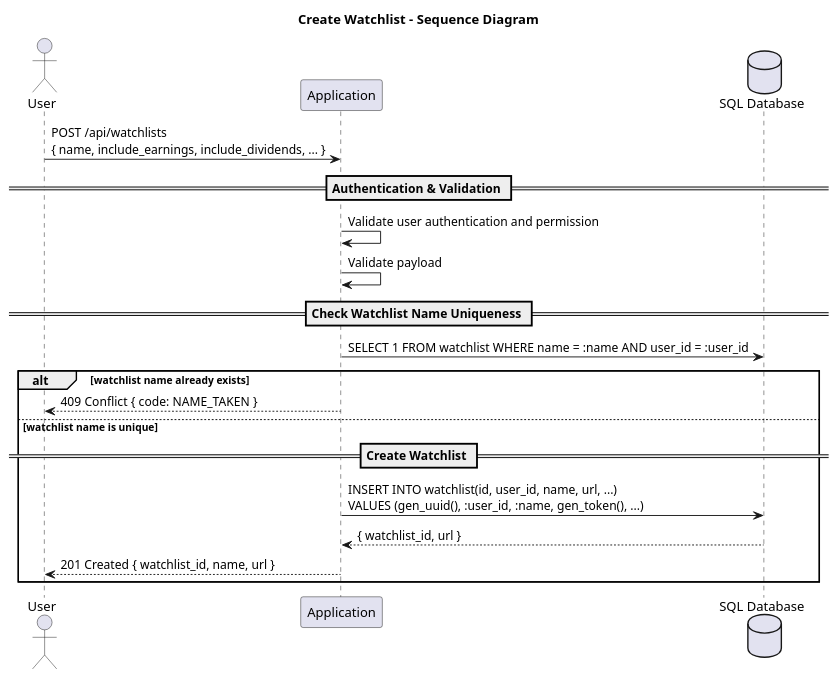
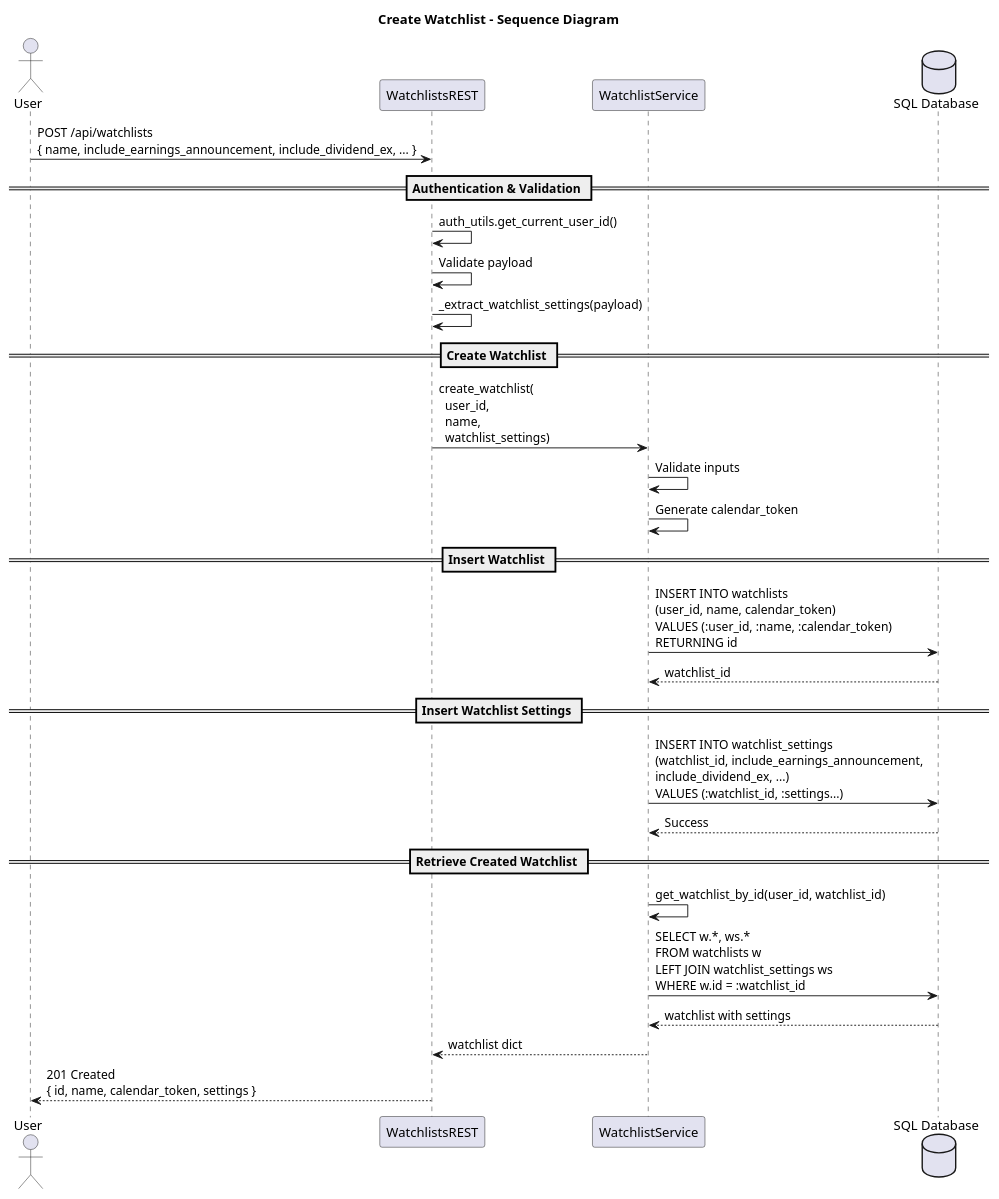
The diagram in docs/uml/sequence_diagram_create_watchlist.puml (PhilippXXY/ticker-cal-tracker), drawn with PlantUML before and after one commit. The commit also changed 16 other files, not shown here.

Commit message:
Update UML diagrams to reflect current codebase

```diff
--- a/docs/uml/sequence_diagram_create_watchlist.puml
+++ b/docs/uml/sequence_diagram_create_watchlist.puml
@@ -1,24 +1,38 @@
 @startuml sequence_diagram_create_watchlist
 title Create Watchlist - Sequence Diagram
 
 actor User
-participant "Application" as APP
+participant "WatchlistsREST" as REST
+participant "WatchlistService" as SVC
 database "SQL Database" as DB
 
-User -> APP: POST /api/watchlists\n{ name, include_earnings, include_dividends, ... }
+User -> REST: POST /api/watchlists\n{ name, include_earnings_announcement, include_dividend_ex, ... }
 
 == Authentication & Validation ==
-APP -> APP: Validate user authentication and permission
-APP -> APP: Validate payload
+REST -> REST: auth_utils.get_current_user_id()
+REST -> REST: Validate payload
+REST -> REST: _extract_watchlist_settings(payload)
 
-== Check Watchlist Name Uniqueness ==
-APP -> DB: SELECT 1 FROM watchlist WHERE name = :name AND user_id = :user_id
-alt watchlist name already exists
-    APP --> User: 409 Conflict { code: NAME_TAKEN }
-else watchlist name is unique
-    == Create Watchlist ==
-    APP -> DB: INSERT INTO watchlist(id, user_id, name, url, ...)\nVALUES (gen_uuid(), :user_id, :name, gen_token(), ...)
-    DB --> APP: { watchlist_id, url }
-    APP --> User: 201 Created { watchlist_id, name, url }
-end
+== Create Watchlist ==
+REST -> SVC: create_watchlist(\n  user_id,\n  name,\n  watchlist_settings)
+
+SVC -> SVC: Validate inputs
+SVC -> SVC: Generate calendar_token
+
+== Insert Watchlist ==
+SVC -> DB: INSERT INTO watchlists\n(user_id, name, calendar_token)\nVALUES (:user_id, :name, :calendar_token)\nRETURNING id
+DB --> SVC: watchlist_id
+
+== Insert Watchlist Settings ==
+SVC -> DB: INSERT INTO watchlist_settings\n(watchlist_id, include_earnings_announcement,\ninclude_dividend_ex, ...)\nVALUES (:watchlist_id, :settings...)
+DB --> SVC: Success
+
+== Retrieve Created Watchlist ==
+SVC -> SVC: get_watchlist_by_id(user_id, watchlist_id)
+SVC -> DB: SELECT w.*, ws.*\nFROM watchlists w\nLEFT JOIN watchlist_settings ws\nWHERE w.id = :watchlist_id
+DB --> SVC: watchlist with settings
+
+SVC --> REST: watchlist dict
+REST --> User: 201 Created\n{ id, name, calendar_token, settings }
+
 @enduml
```
